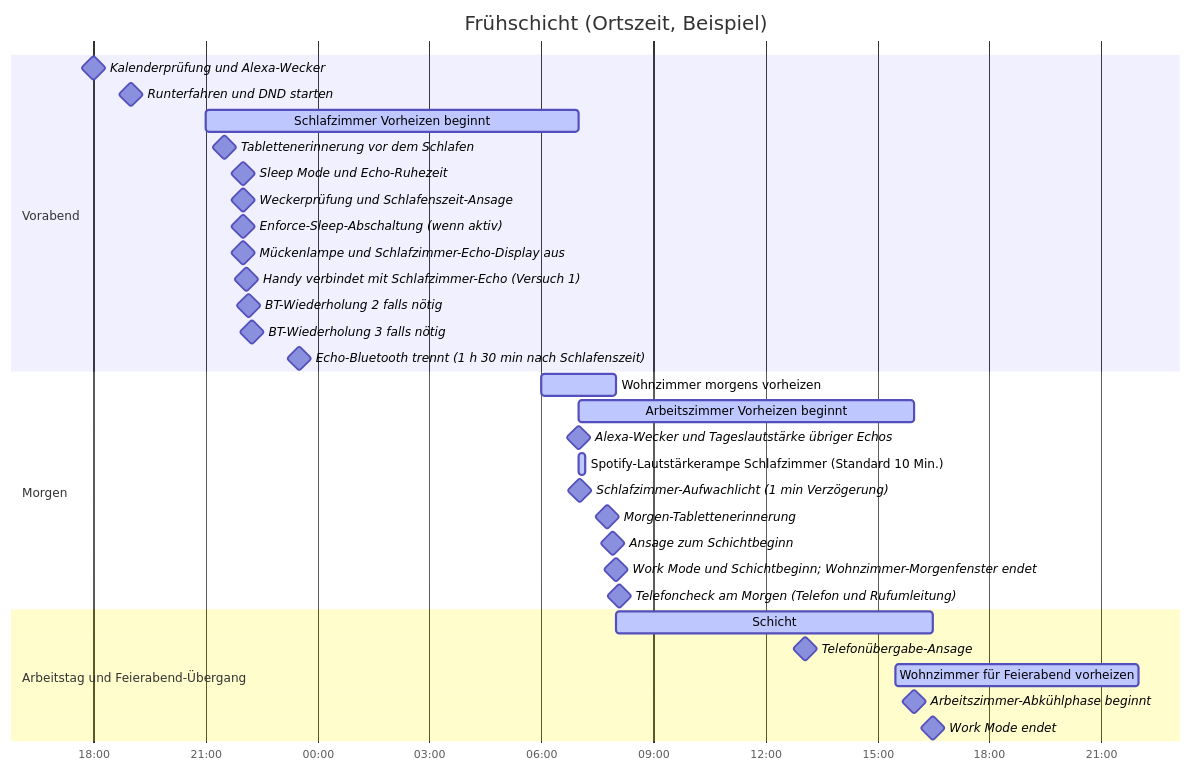
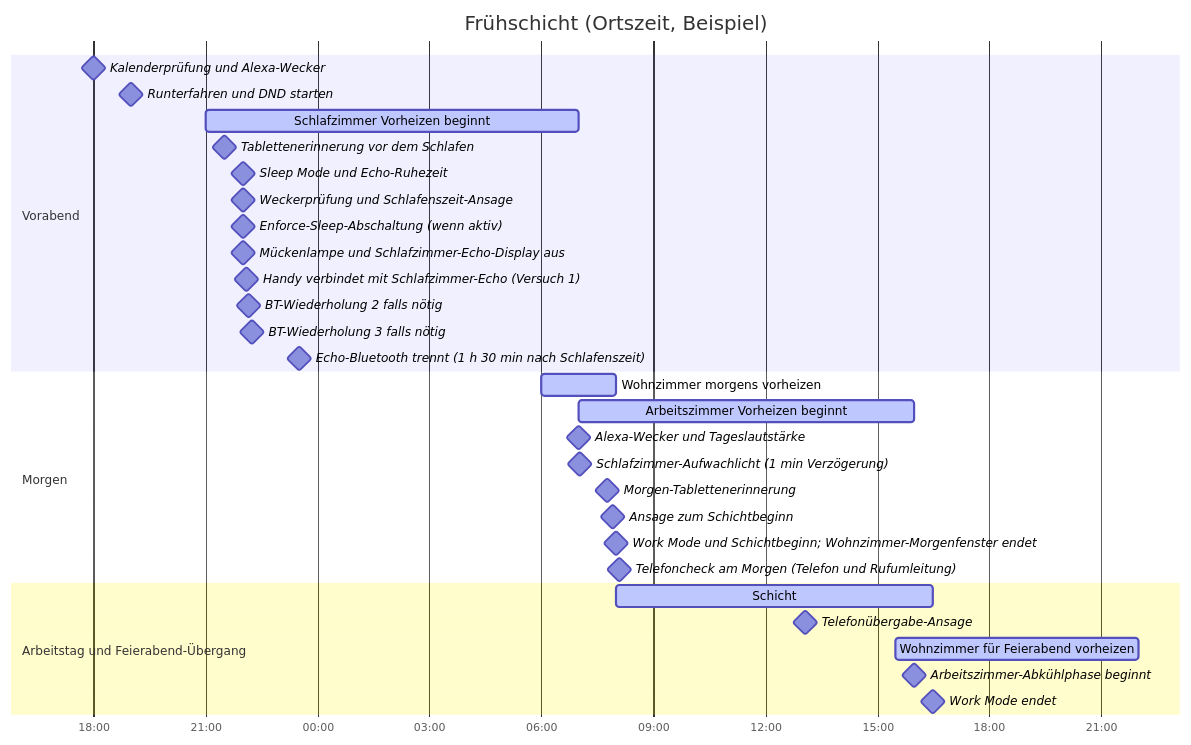
One commit to theniwo/homeassistant changed the third of 3 diagrams in README.de.md. Above: the diagram before and after it, drawn with Mermaid. The commit also changed other lines of this file and 6 other files, not shown here.

````diff
--- a/README.de.md
+++ b/README.de.md
@@ -202,35 +196,34 @@
 ```mermaid
 gantt
     title Frühschicht (Ortszeit, Beispiel)
     dateFormat YYYY-MM-DD HH:mm
     axisFormat %H:%M
     section Vorabend
     Kalenderprüfung und Alexa-Wecker :milestone, 2026-10-27 18:00, 0m
     Runterfahren und DND starten :milestone, 2026-10-27 19:00, 0m
     Schlafzimmer Vorheizen beginnt :active, 2026-10-27 21:00, 600m
     Tablettenerinnerung vor dem Schlafen :milestone, 2026-10-27 21:30, 0m
     Sleep Mode und Echo-Ruhezeit :milestone, 2026-10-27 22:00, 0m
     Weckerprüfung und Schlafenszeit-Ansage :milestone, 2026-10-27 22:00, 0m
     Enforce-Sleep-Abschaltung (wenn aktiv) :milestone, 2026-10-27 22:00, 0m
     Mückenlampe und Schlafzimmer-Echo-Display aus :milestone, 2026-10-27 22:00, 0m
     Handy verbindet mit Schlafzimmer-Echo (Versuch 1) :milestone, 2026-10-27 22:05, 0m
     BT-Wiederholung 2 falls nötig :milestone, 2026-10-27 22:10, 0m
     BT-Wiederholung 3 falls nötig :milestone, 2026-10-27 22:15, 0m
     Echo-Bluetooth trennt (1 h 30 min nach Schlafenszeit) :milestone, 2026-10-27 23:30, 0m
     section Morgen
     Wohnzimmer morgens vorheizen :active, 2026-10-28 06:00, 120m
     Arbeitszimmer Vorheizen beginnt :active, 2026-10-28 07:00, 540m
-    Alexa-Wecker und Tageslautstärke übriger Echos :milestone, 2026-10-28 07:00, 0m
-    Spotify-Lautstärkerampe Schlafzimmer (Standard 10 Min.) :active, 2026-10-28 07:00, 10m
+    Alexa-Wecker und Tageslautstärke :milestone, 2026-10-28 07:00, 0m
     Schlafzimmer-Aufwachlicht (1 min Verzögerung) :milestone, 2026-10-28 07:01, 0m
     Morgen-Tablettenerinnerung :milestone, 2026-10-28 07:45, 0m
     Ansage zum Schichtbeginn :milestone, 2026-10-28 07:55, 0m
     Work Mode und Schichtbeginn; Wohnzimmer-Morgenfenster endet :milestone, 2026-10-28 08:00, 0m
     Telefoncheck am Morgen (Telefon und Rufumleitung) :milestone, 2026-10-28 08:05, 0m
     section Arbeitstag und Feierabend-Übergang
     Schicht :active, 2026-10-28 08:00, 510m
     Telefonübergabe-Ansage :milestone, 2026-10-28 13:05, 0m
     Wohnzimmer für Feierabend vorheizen :active, 2026-10-28 15:30, 390m
     Arbeitszimmer-Abkühlphase beginnt :milestone, 2026-10-28 16:00, 0m
     Work Mode endet :milestone, 2026-10-28 16:30, 0m
 ```
````
